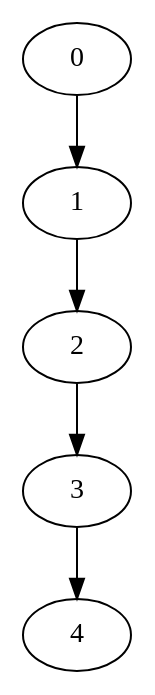
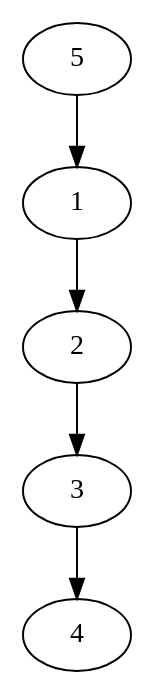
One commit to sleeepyskies/saarvive-selab23 changed the diagram in src/systemtest/resources/mapFiles/rerouteTestMap.dot. Above: the diagram before and after it, drawn with Graphviz. The commit also changed 27 other files, not shown here.

```diff
--- a/src/systemtest/resources/mapFiles/rerouteTestMap.dot
+++ b/src/systemtest/resources/mapFiles/rerouteTestMap.dot
@@ -1,13 +1,13 @@
 digraph G {
-	0;
+	5;
 	1;
 	2;
 	3;
 	4;
 
-	0 -> 1 [village=BikiniBottom; name=By_the_Lake; heightLimit=3; weight=10; primaryType=sideStreet; secondaryType=none;];
+	5 -> 1 [village=BikiniBottom; name=By_the_Lake; heightLimit=3; weight=10; primaryType=sideStreet; secondaryType=none;];
 	1 -> 2 [village=BikiniBottom; name=Oak_Way; heightLimit=3; weight=10; primaryType=sideStreet; secondaryType=none;];
 	2 -> 3 [village=BikiniBottom; name=Market_Street; heightLimit=3; weight=10; primaryType=mainStreet; secondaryType=none;];
 	3 -> 4 [village=BikiniBottom; name=Friedrich_Street; heightLimit=3; weight=10; primaryType=mainStreet; secondaryType=none;];
 
 }
```
